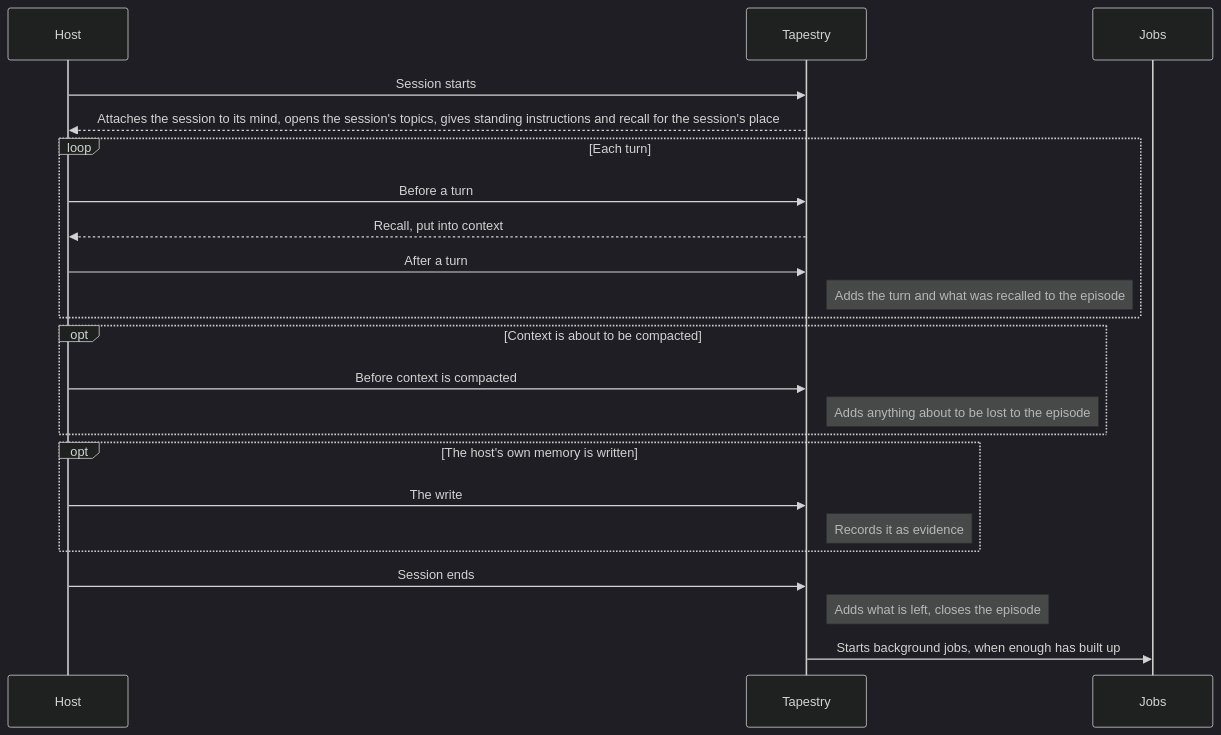
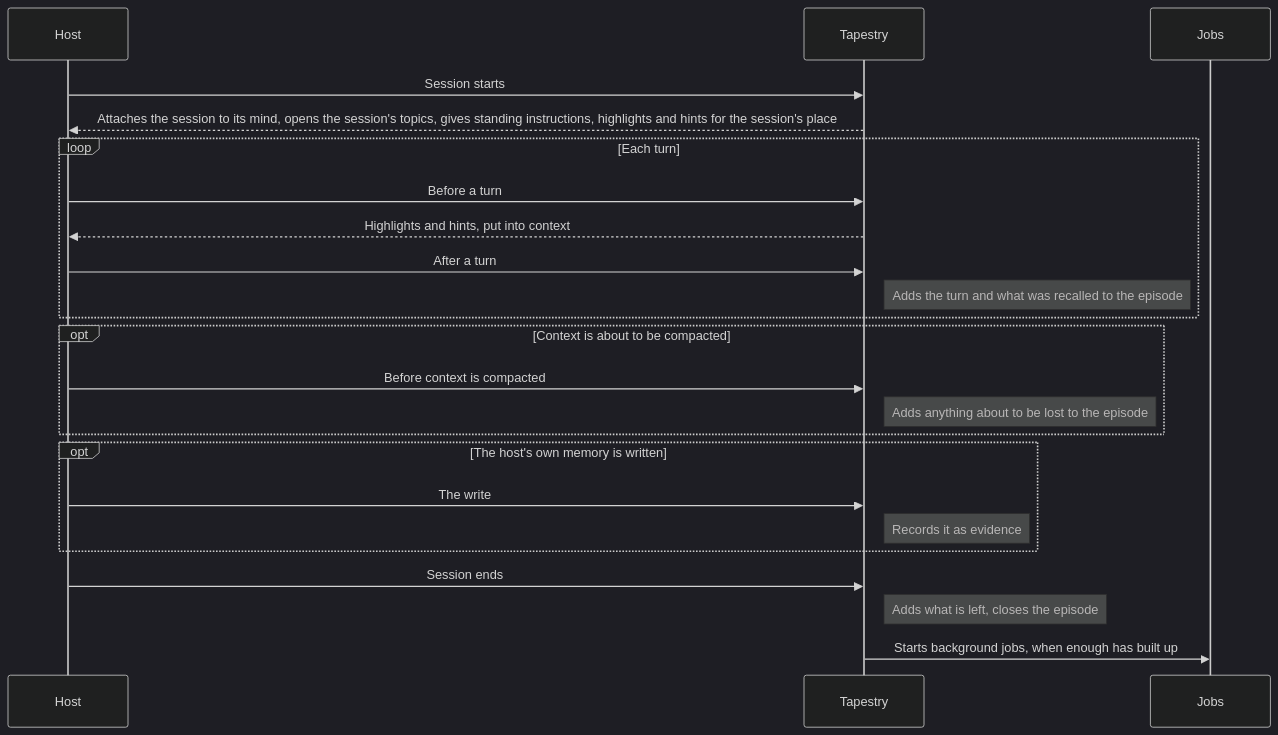
Before and after one commit to willregelmann/tapestry: the diagram in docs/interfaces/HOOKS.md, drawn with Mermaid (dark theme). The commit also changed other lines of this file and 17 other files, not shown here.

First line of the commit message:
Recall's automatic path shows highlights and hints, and the agent looks further

````diff
--- a/docs/interfaces/HOOKS.md
+++ b/docs/interfaces/HOOKS.md
@@ -16,25 +16,25 @@
 ```mermaid
 sequenceDiagram
     participant H as Host
     participant T as Tapestry
     participant J as Jobs
     H->>T: Session starts
-    T-->>H: Attaches the session to its mind, opens the session's topics, gives standing instructions and recall for the session's place
+    T-->>H: Attaches the session to its mind, opens the session's topics, gives standing instructions, highlights and hints for the session's place
     loop Each turn
         H->>T: Before a turn
-        T-->>H: Recall, put into context
+        T-->>H: Highlights and hints, put into context
         H->>T: After a turn
         Note right of T: Adds the turn and what was recalled to the episode
     end
     opt Context is about to be compacted
         H->>T: Before context is compacted
         Note right of T: Adds anything about to be lost to the episode
     end
     opt The host's own memory is written
         H->>T: The write
         Note right of T: Records it as evidence
     end
     H->>T: Session ends
     Note right of T: Adds what is left, closes the episode
     T->>J: Starts background jobs, when enough has built up
 ```
````
